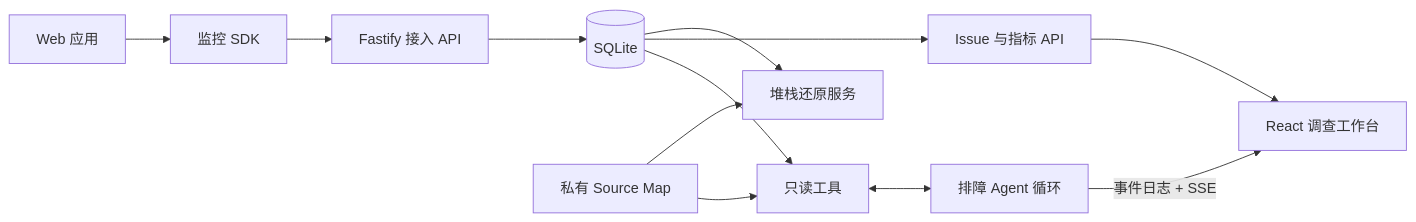
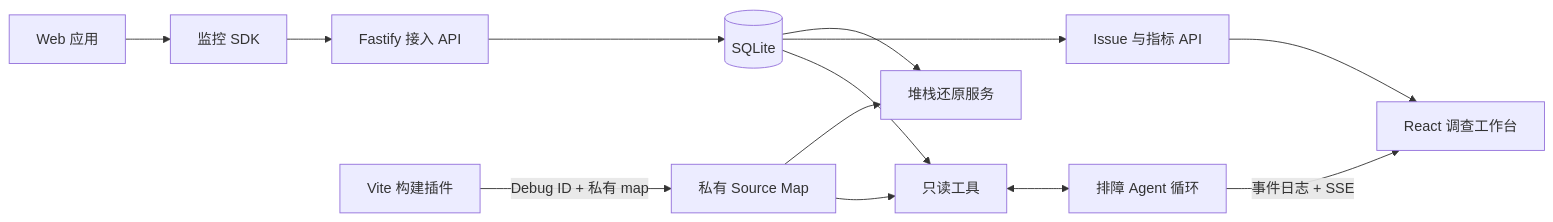
One commit to guiwzh/tracepilot changed the diagram in docs/architecture.md. Above: the diagram before and after it, drawn with Mermaid. The commit also changed other lines of this file and 39 other files, not shown here.

First line of the commit message:
feat: Debug ID 关联产物与 Source Map，新增 Vite 构建插件

````diff
--- a/docs/architecture.md
+++ b/docs/architecture.md
@@ -5,14 +5,15 @@
 ```mermaid
 flowchart LR
   Web[Web 应用] --> SDK[监控 SDK]
   SDK --> Ingest[Fastify 接入 API]
   Ingest --> SQLite[(SQLite)]
-  Maps[私有 Source Map] --> Symbolicator[堆栈还原服务]
+  Build[Vite 构建插件] -- Debug ID + 私有 map --> Maps[私有 Source Map]
+  Maps --> Symbolicator[堆栈还原服务]
   SQLite --> Symbolicator
   SQLite --> Query[Issue 与指标 API]
   Query --> Dashboard[React 调查工作台]
   SQLite --> Tools[只读工具]
   Maps --> Tools
   Tools <--> Agent[排障 Agent 循环]
   Agent -- 事件日志 + SSE --> Dashboard
 ```
````
